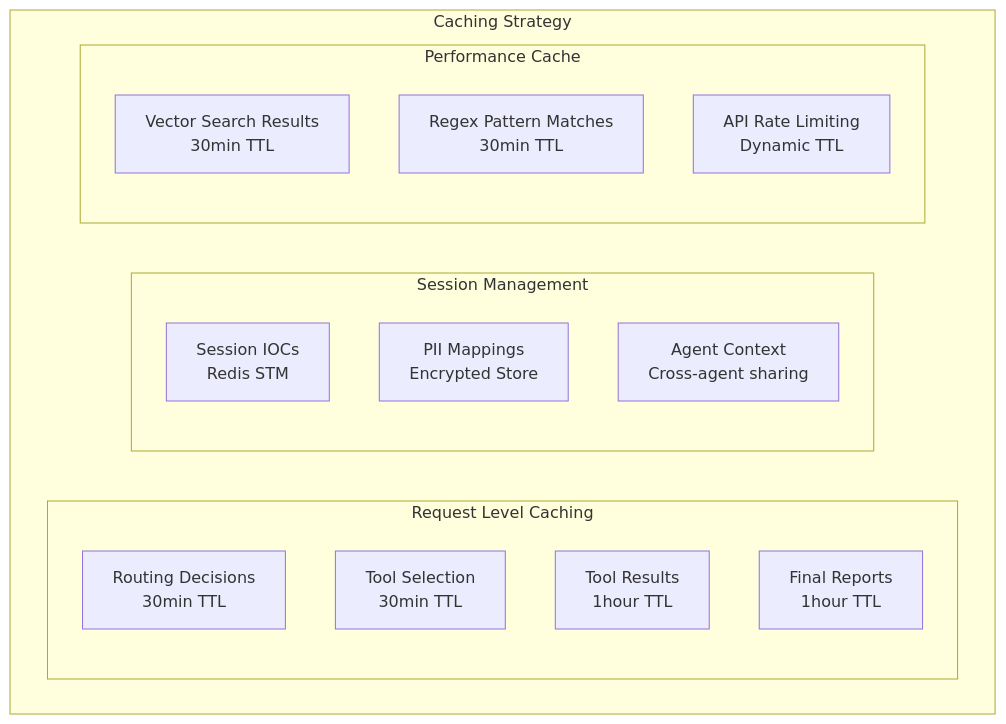
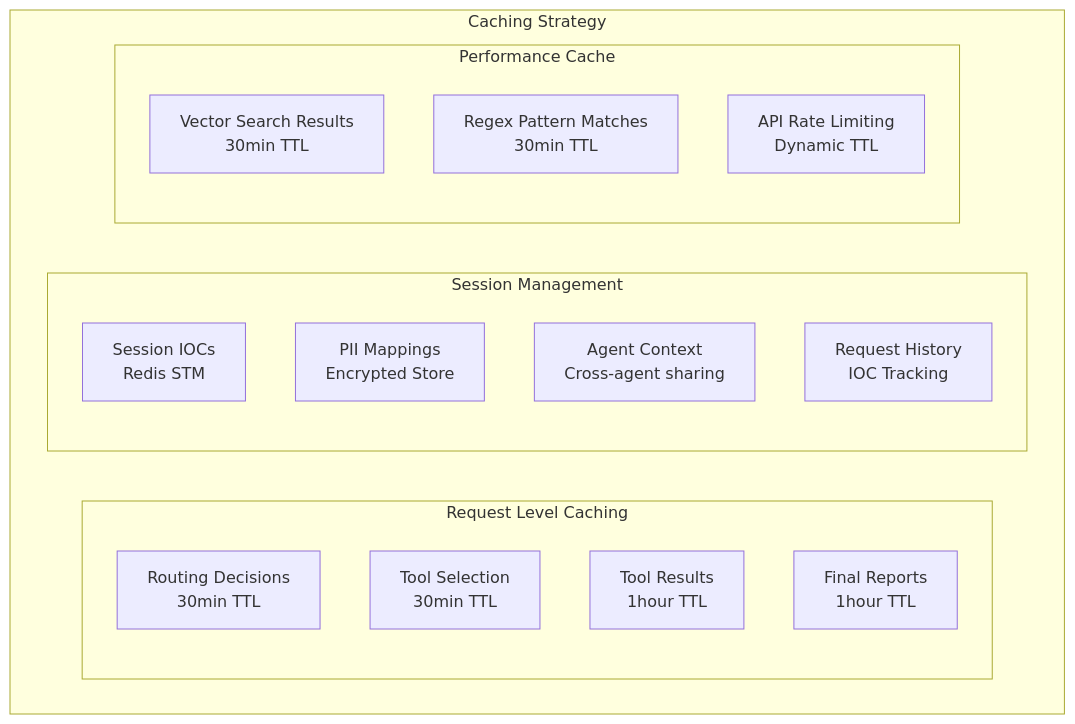
The fifth of 10 diagrams in docs/architecture.md (chintamanil/cybershield), drawn with Mermaid before and after one commit. The commit also changed other lines of this file and 3 other files, not shown here.

First line of the commit message:
docs: Update GitHub Pages with session management and enhanced architecture

````diff
--- a/docs/architecture.md
+++ b/docs/architecture.md
@@ -332,26 +347,27 @@
 ```mermaid
 graph TD
     subgraph "Caching Strategy"
         subgraph "Request Level Caching"
             RC1[Routing Decisions<br/>30min TTL]
             RC2[Tool Selection<br/>30min TTL]
             RC3[Tool Results<br/>1hour TTL]
             RC4[Final Reports<br/>1hour TTL]
         end
 
         subgraph "Session Management"
             SM1[Session IOCs<br/>Redis STM]
             SM2[PII Mappings<br/>Encrypted Store]
             SM3[Agent Context<br/>Cross-agent sharing]
+            SM4[Request History<br/>IOC Tracking]
         end
 
         subgraph "Performance Cache"
             PC1[Vector Search Results<br/>30min TTL]
             PC2[Regex Pattern Matches<br/>30min TTL]
             PC3[API Rate Limiting<br/>Dynamic TTL]
         end
     end
 
      %% Darker Arrow Styling
     linkStyle default stroke:#111,stroke-width:1px
 ```
````
